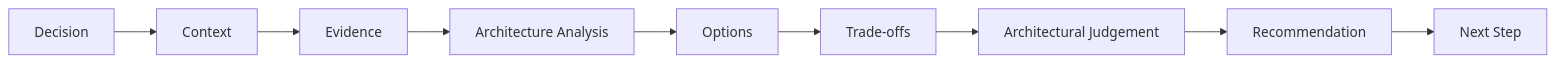
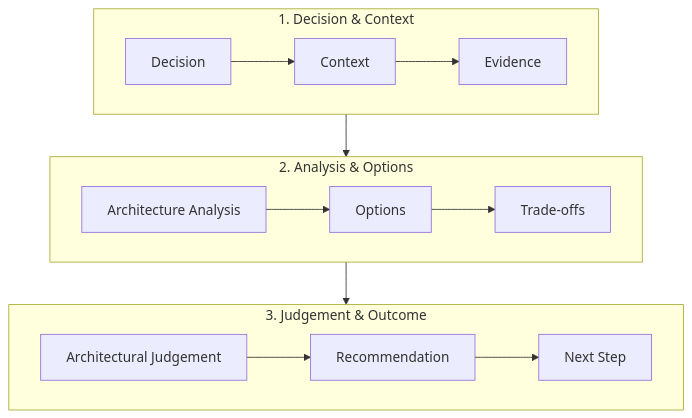
One commit to avfranco-br/portfolio changed the eighth of 8 diagrams in docs/sop/methods/architecture-decision-review.md. Above: the diagram before and after it, drawn with Mermaid. The commit also changed other lines of this file and 10 other files, not shown here.

Commit message:
Refactor Mermaid diagrams across SOP and methods documentation for legibility

````diff
--- a/docs/sop/methods/architecture-decision-review.md
+++ b/docs/sop/methods/architecture-decision-review.md
@@ -1257,20 +1264,20 @@
 ```mermaid
-flowchart LR
-    D["Decision"]
-    C["Context"]
-    E["Evidence"]
-    A["Architecture Analysis"]
-    O["Options"]
-    T["Trade-offs"]
-    J["Architectural Judgement"]
-    R["Recommendation"]
-    N["Next Step"]
-    D --> C
-    C --> E
+flowchart TD
+    subgraph Tier1["1. Decision & Context"]
+        direction LR
+        D["Decision"] --> C["Context"] --> E["Evidence"]
+    end
+
+    subgraph Tier2["2. Analysis & Options"]
+        direction LR
+        A["Architecture Analysis"] --> O["Options"] --> T["Trade-offs"]
+    end
+
+    subgraph Tier3["3. Judgement & Outcome"]
+        direction LR
+        J["Architectural Judgement"] --> R["Recommendation"] --> N["Next Step"]
+    end
+
     E --> A
-    A --> O
-    O --> T
     T --> J
-    J --> R
-    R --> N
 ```
````
